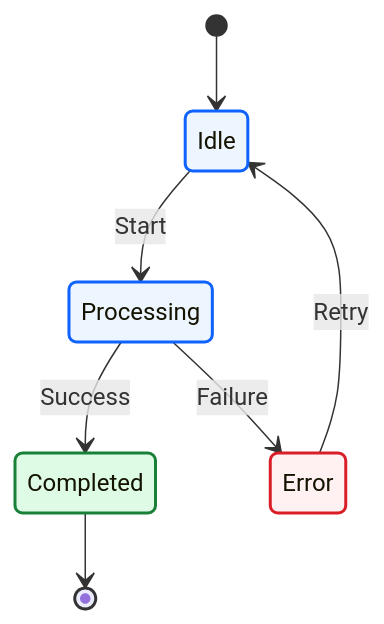
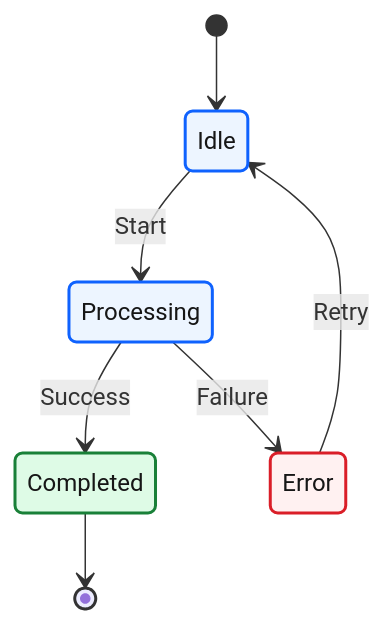
Before and after one commit to zhiweio/mermaid-illustrate: the first of 11 diagrams in examples/state.md, drawn with Mermaid. The commit also changed other lines of this file and 22 other files, not shown here.

````diff
--- a/examples/state.md
+++ b/examples/state.md
@@ -41,17 +41,17 @@
 ```mermaid
 stateDiagram-v2
     [*] --> Idle
     Idle --> Processing : Start
     Processing --> Completed : Success
     Processing --> Error : Failure
     Error --> Idle : Retry
     Completed --> [*]
 
-    classDef bpProcess fill:#edf5ff,stroke:#0f62fe,stroke-width:2px
-    classDef bpSuccess fill:#defbe6,stroke:#198038,stroke-width:2px
-    classDef bpError fill:#fff1f1,stroke:#da1e28,stroke-width:2px
+    classDef bpProcess fill:#edf5ff,stroke:#0f62fe,stroke-width:2px,color:#161616
+    classDef bpSuccess fill:#defbe6,stroke:#198038,stroke-width:2px,color:#161616
+    classDef bpError fill:#fff1f1,stroke:#da1e28,stroke-width:2px,color:#161616
 
     class Idle,Processing bpProcess
     class Completed bpSuccess
     class Error bpError
 ```
````
